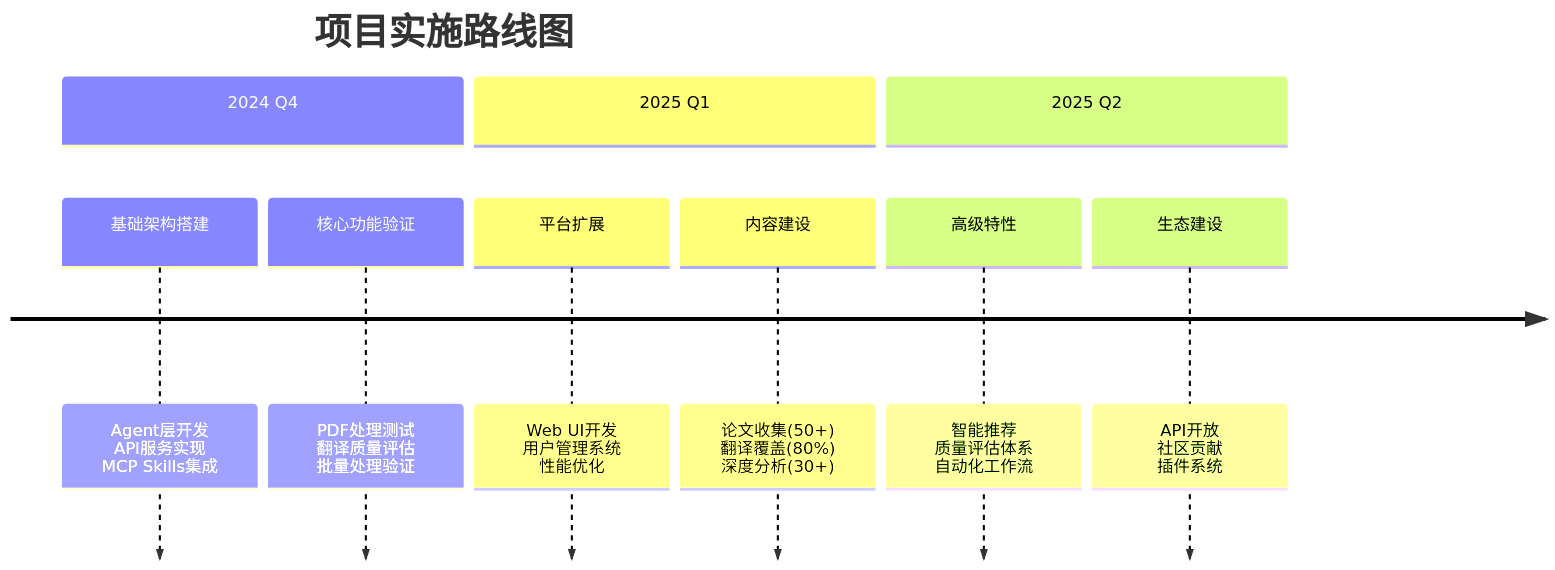
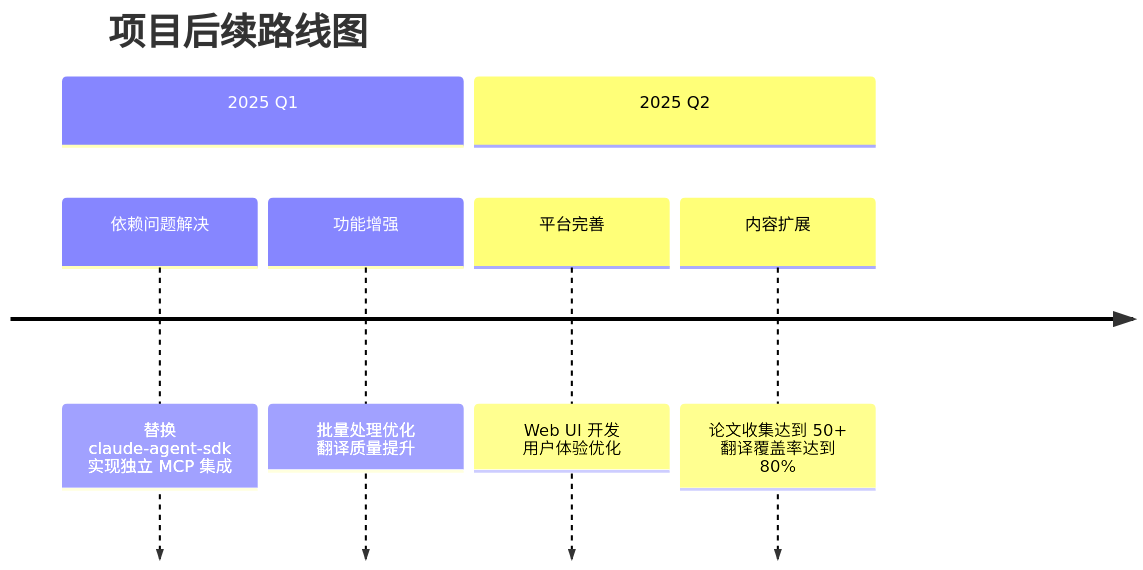
The diagram in docs/00-Planning.md (ThreeFish-AI/papers), drawn with Mermaid before and after one commit. The commit also changed other lines of this file, not shown here.

````diff
--- a/docs/00-Planning.md
+++ b/docs/00-Planning.md
@@ -5,13 +17,10 @@
 ```mermaid
 timeline
-    title 项目实施路线图
-    section 2024 Q4
-        基础架构搭建 : Agent层开发<br>API服务实现<br>MCP Skills集成
-        核心功能验证 : PDF处理测试<br>翻译质量评估<br>批量处理验证
+    title 项目后续路线图
     section 2025 Q1
-        平台扩展 : Web UI开发<br>用户管理系统<br>性能优化
-        内容建设 : 论文收集(50+)<br>翻译覆盖(80%)<br>深度分析(30+)
+        依赖问题解决 : 替换 claude-agent-sdk<br>实现独立 MCP 集成
+        功能增强 : 批量处理优化<br>翻译质量提升
     section 2025 Q2
-        高级特性 : 智能推荐<br>质量评估体系<br>自动化工作流
-        生态建设 : API开放<br>社区贡献<br>插件系统
+        平台完善 : Web UI 开发<br>用户体验优化
+        内容扩展 : 论文收集达到 50+<br>翻译覆盖率达到 80%
 ```
````
